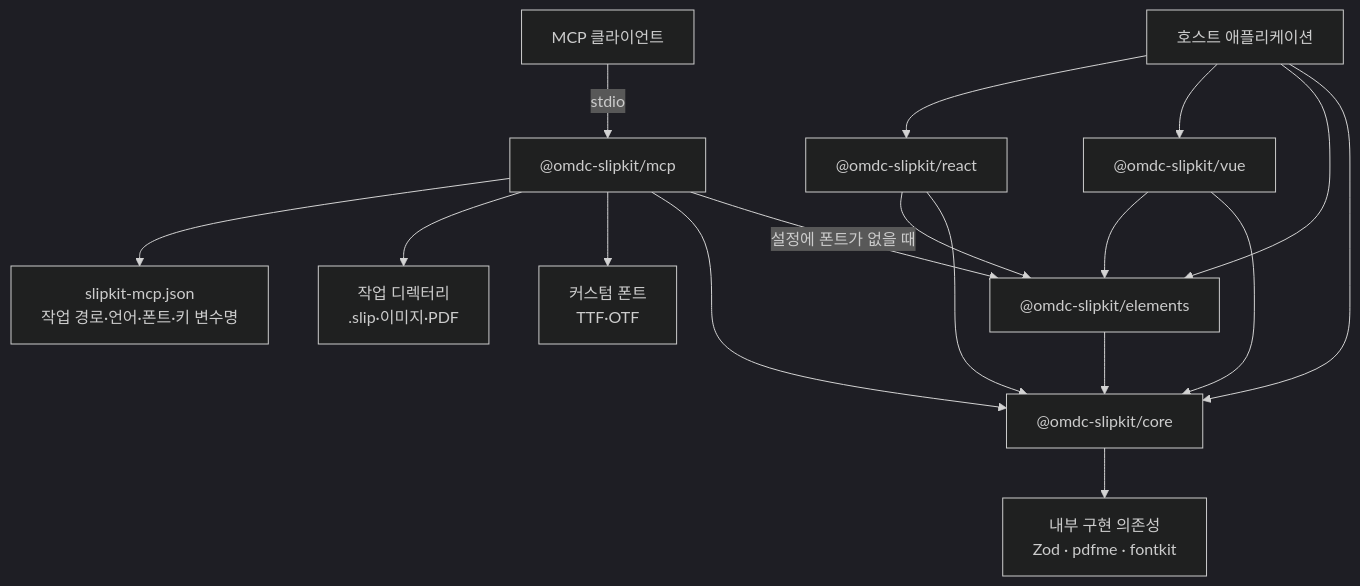
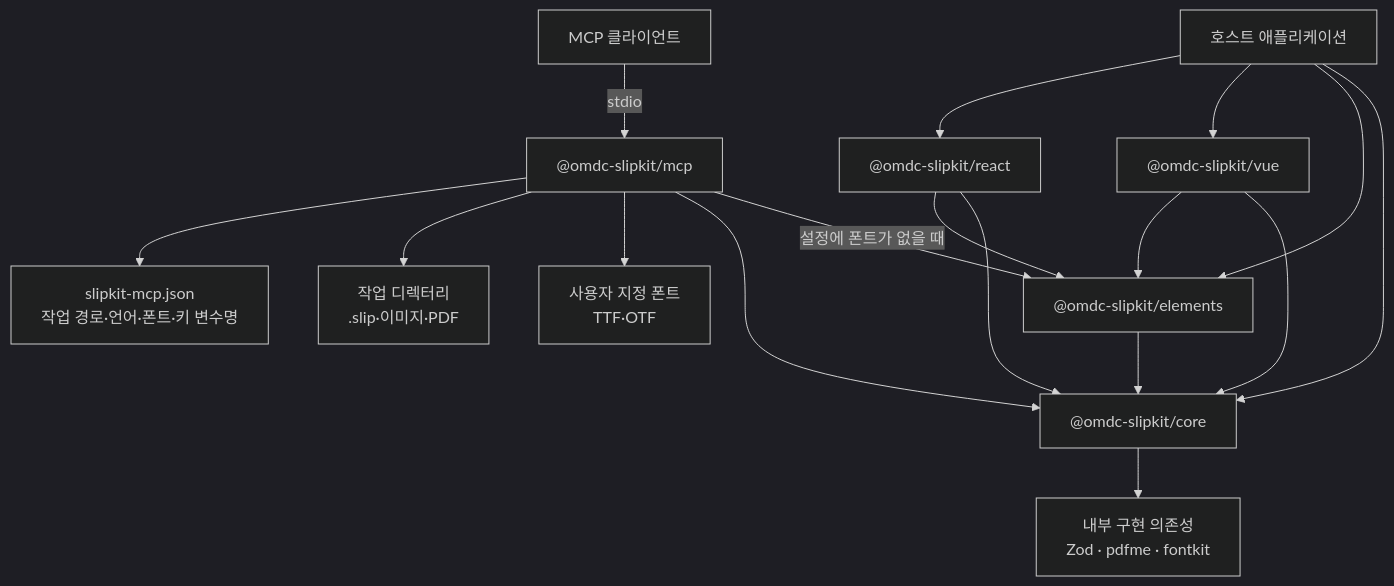
The second of 7 diagrams in docs/ARCHITECTURE.md (open-my-dev-com/drawing-report), drawn with Mermaid (dark theme) before and after one commit. The commit also changed other lines of this file and 358 other files, not shown here.

````diff
--- a/docs/ARCHITECTURE.md
+++ b/docs/ARCHITECTURE.md
@@ -70,34 +70,34 @@
 ```mermaid
 flowchart TB
     App["호스트 애플리케이션"]
 
     React["@omdc-slipkit/react"]
     Vue["@omdc-slipkit/vue"]
     Elements["@omdc-slipkit/elements"]
     Core["@omdc-slipkit/core"]
     MCP["@omdc-slipkit/mcp"]
     AI["MCP 클라이언트"]
     Files["작업 디렉터리<br/>.slip·이미지·PDF"]
     MCPConfig["slipkit-mcp.json<br/>작업 경로·언어·폰트·키 변수명"]
-    CustomFonts["커스텀 폰트<br/>TTF·OTF"]
+    CustomFonts["사용자 지정 폰트<br/>TTF·OTF"]
 
     Internal["내부 구현 의존성<br/>Zod · pdfme · fontkit"]
 
     App --> React
     App --> Vue
     App --> Elements
     App --> Core
     AI -->|"stdio"| MCP
     MCP --> MCPConfig
     MCP --> Files
     MCP --> CustomFonts
 
     React --> Elements
     React --> Core
     Vue --> Elements
     Vue --> Core
     Elements --> Core
     MCP --> Core
     MCP -->|"설정에 폰트가 없을 때"| Elements
     Core --> Internal
 ```
````
